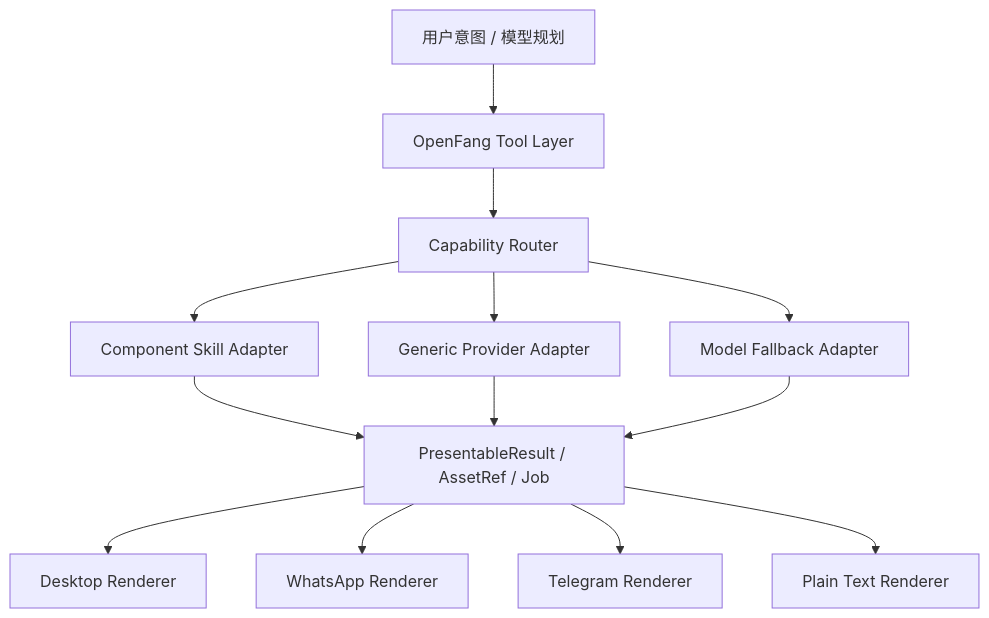
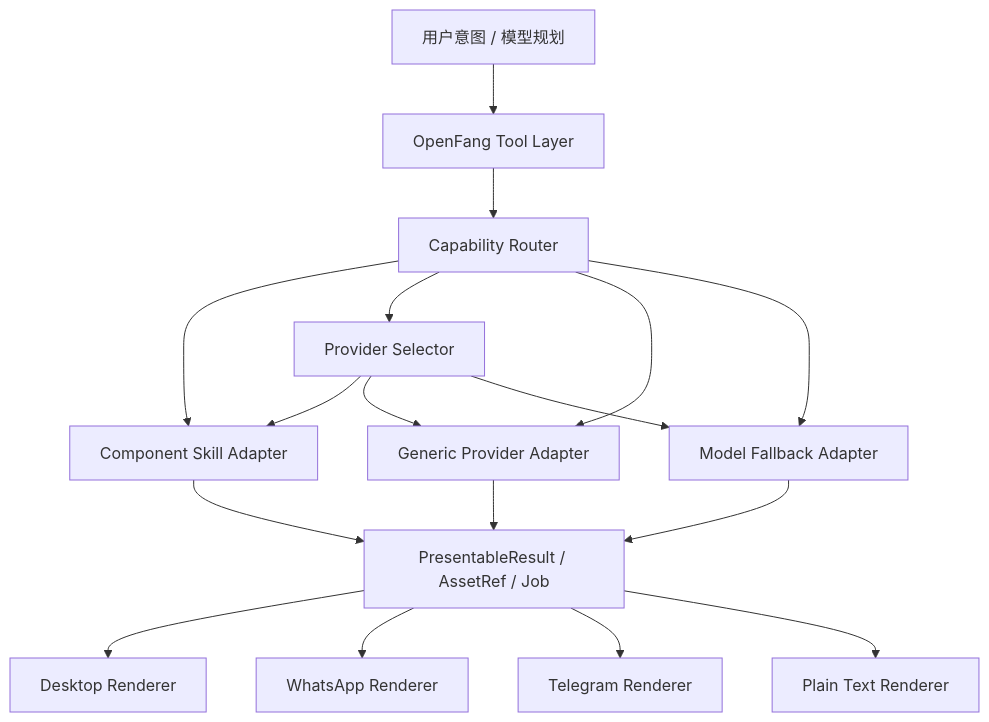
The diagram in docs/ui-skill-component-skill-runtime-refactor-2026-03-24.md (xiao-ge008/webot), drawn with Mermaid before and after one commit. The commit also changed other lines of this file and 92 other files, not shown here.

````diff
--- a/docs/ui-skill-component-skill-runtime-refactor-2026-03-24.md
+++ b/docs/ui-skill-component-skill-runtime-refactor-2026-03-24.md
@@ -208,15 +283,19 @@
 ```mermaid
 flowchart TD
     A["用户意图 / 模型规划"] --> B["OpenFang Tool Layer"]
     B --> C["Capability Router"]
-    C --> D["Component Skill Adapter"]
-    C --> E["Generic Provider Adapter"]
-    C --> F["Model Fallback Adapter"]
-    D --> G["PresentableResult / AssetRef / Job"]
-    E --> G
-    F --> G
-    G --> H["Desktop Renderer"]
+C --> D["Component Skill Adapter"]
+C --> L["Provider Selector"]
+C --> E["Generic Provider Adapter"]
+C --> F["Model Fallback Adapter"]
+D --> G["PresentableResult / AssetRef / Job"]
+L --> D
+L --> E
+L --> F
+E --> G
+F --> G
+G --> H["Desktop Renderer"]
     G --> I["WhatsApp Renderer"]
     G --> J["Telegram Renderer"]
     G --> K["Plain Text Renderer"]
 ```
````
